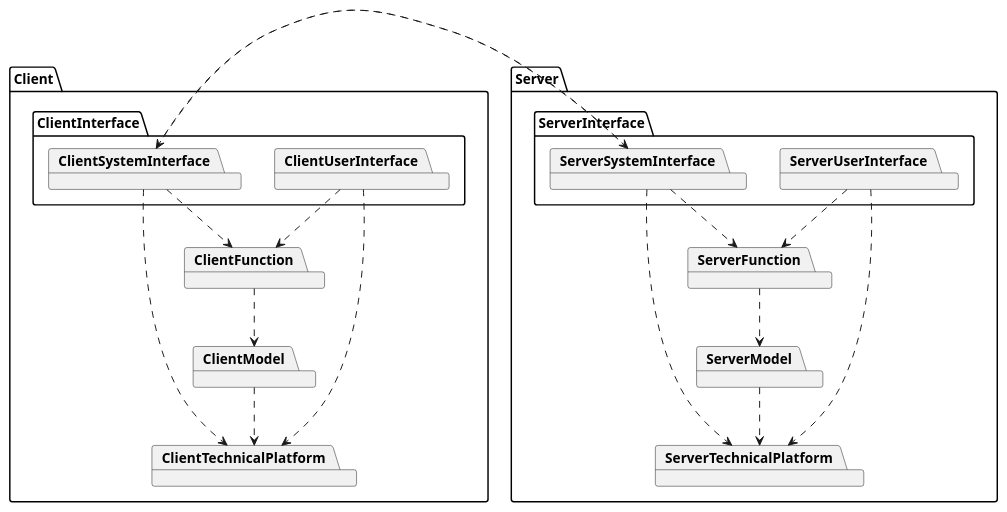
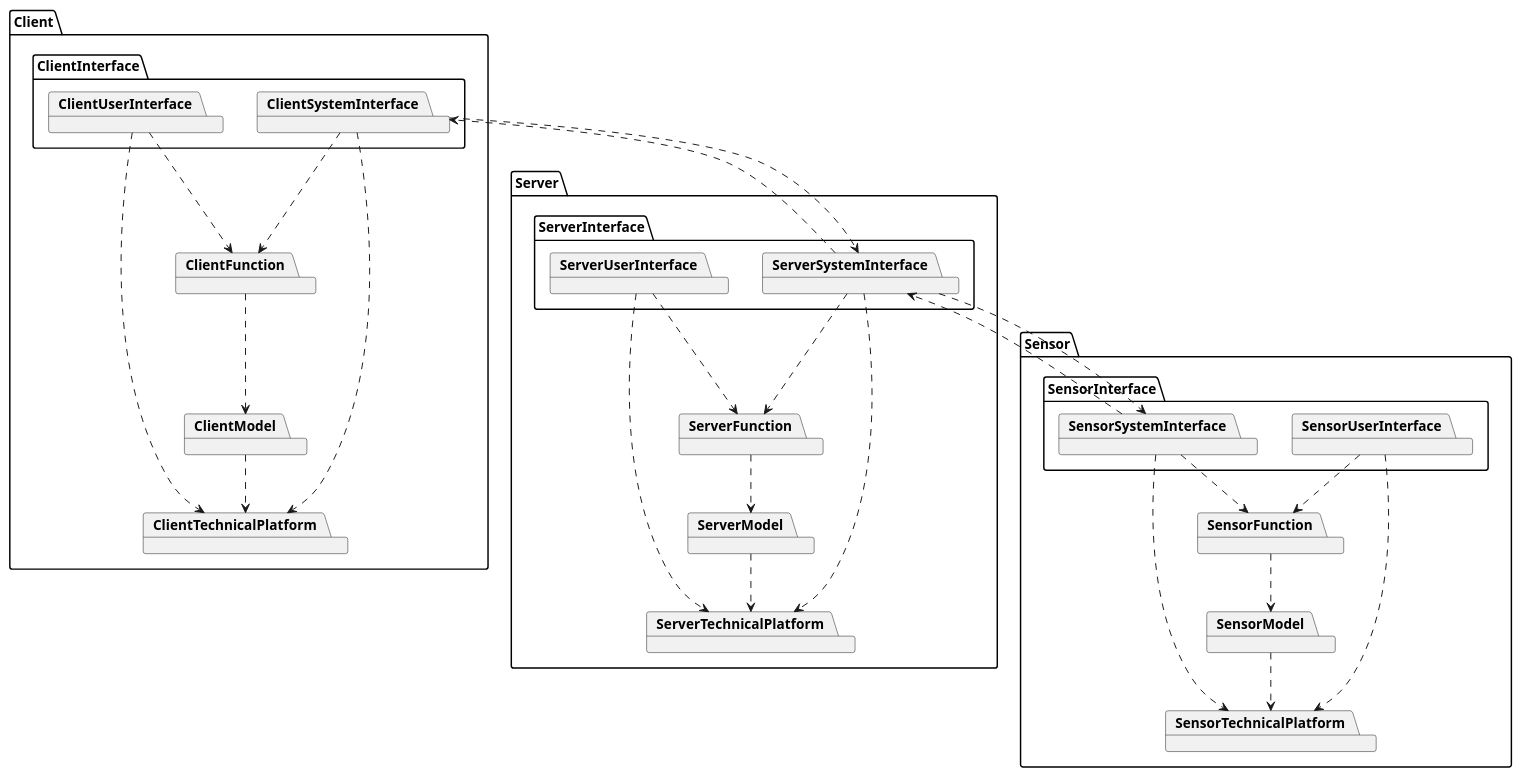
The third of 4 diagrams in jun_2019_exam/attempt.md (BenjaminCB/su), drawn with PlantUML before and after one commit. The commit also changed 3 other files, not shown here.

````diff
--- a/jun_2019_exam/attempt.md
+++ b/jun_2019_exam/attempt.md
@@ -150,40 +150,61 @@
 ```plantuml
 package Client {
     package ClientInterface {
         package ClientUserInterface
         package ClientSystemInterface
     }
 
     package ClientFunction
     package ClientModel
     package ClientTechnicalPlatform
 }
 
 package Server {
     package ServerInterface {
         package ServerSystemInterface
         package ServerUserInterface
     }
 
     package ServerFunction
     package ServerModel
     package ServerTechnicalPlatform
 }
 
-ClientSystemInterface .> ServerSystemInterface
-ServerSystemInterface .> ClientSystemInterface
+package Sensor {
+    package SensorInterface {
+        package SensorSystemInterface
+        package SensorUserInterface
+    }
+
+    package SensorFunction
+    package SensorModel
+    package SensorTechnicalPlatform
+}
+
+ClientSystemInterface ..> ServerSystemInterface
+ServerSystemInterface ..> ClientSystemInterface
 
 ClientSystemInterface ..> ClientFunction
 ClientSystemInterface ..> ClientTechnicalPlatform
 ClientUserInterface ..> ClientFunction
 ClientUserInterface ..> ClientTechnicalPlatform
 ClientFunction ..> ClientModel
 ClientModel ..> ClientTechnicalPlatform
 
 ServerSystemInterface ..> ServerFunction
 ServerSystemInterface ..> ServerTechnicalPlatform
 ServerUserInterface ..> ServerFunction
 ServerUserInterface ..> ServerTechnicalPlatform
 ServerFunction ..> ServerModel
 ServerModel ..> ServerTechnicalPlatform
+
+SensorSystemInterface ..> ServerSystemInterface
+ServerSystemInterface ..> SensorSystemInterface
+
+SensorSystemInterface ..> SensorFunction
+SensorSystemInterface ..> SensorTechnicalPlatform
+SensorUserInterface ..> SensorFunction
+SensorUserInterface ..> SensorTechnicalPlatform
+SensorFunction ..> SensorModel
+SensorModel ..> SensorTechnicalPlatform
 ```
````
